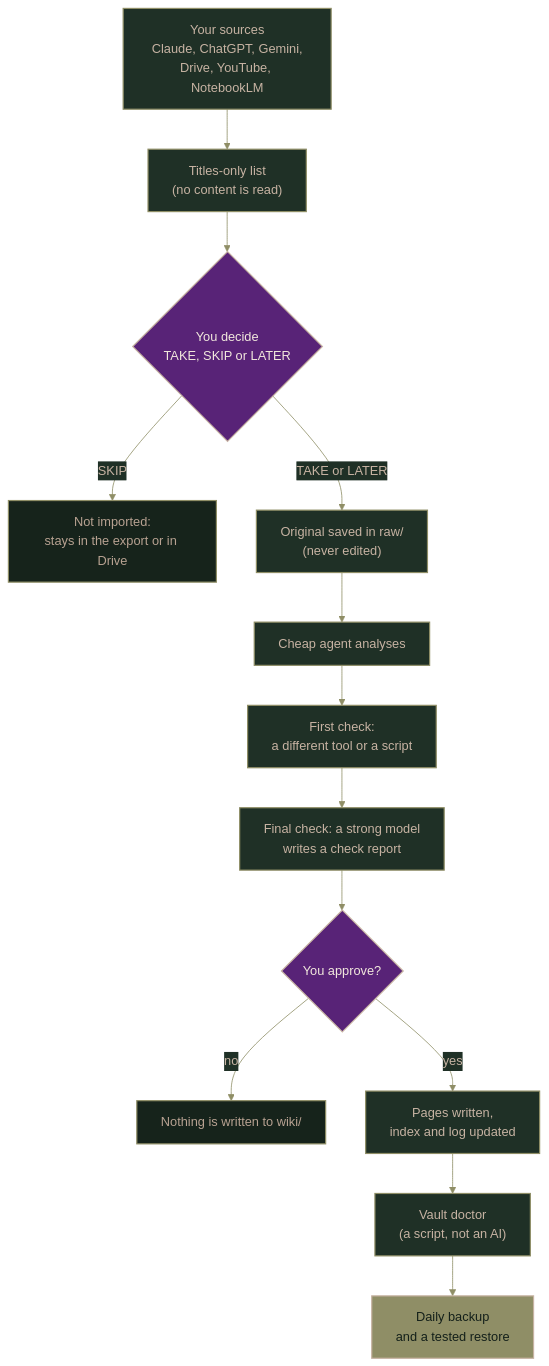
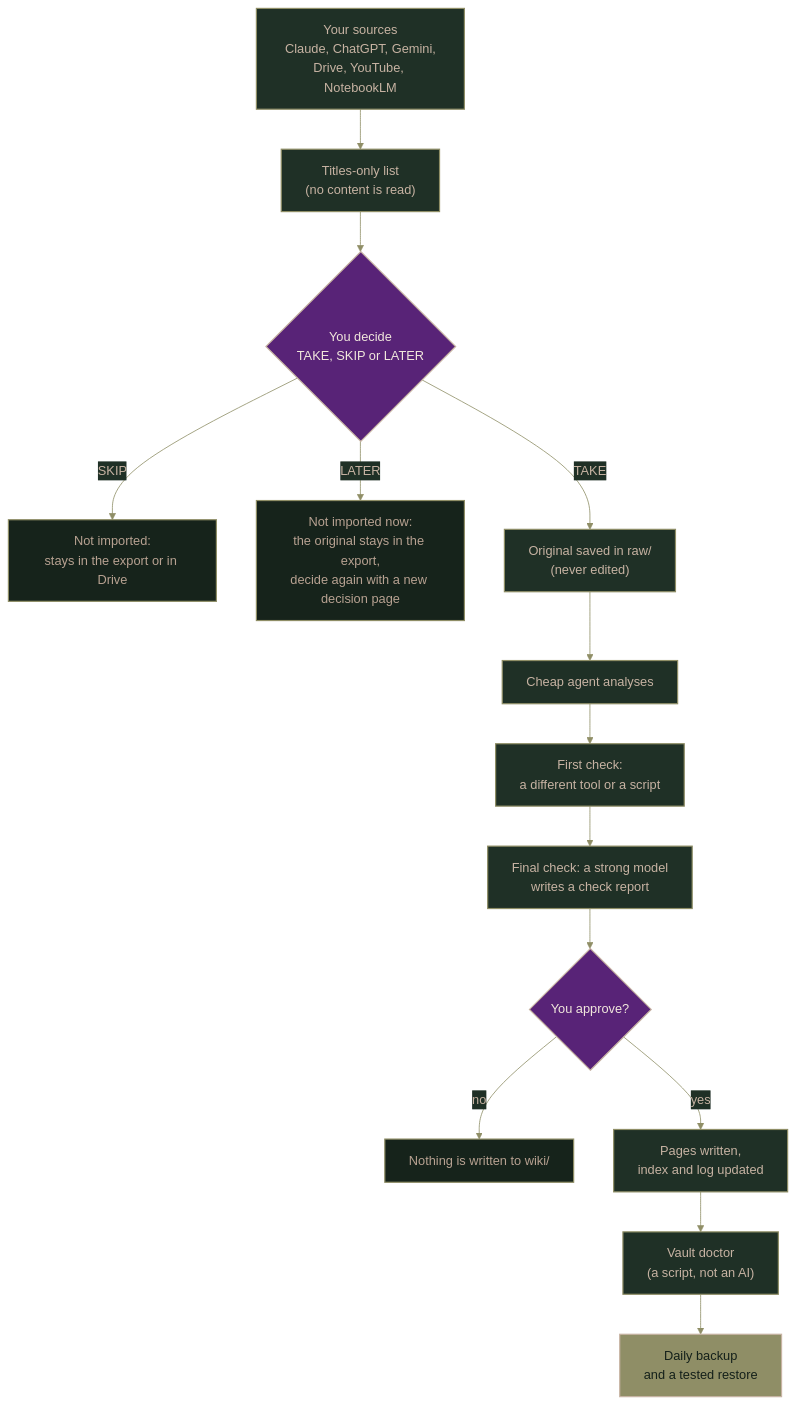
The diagram in README.md (jenny-gecglr/second-brain-from-scratch), drawn with Mermaid before and after one commit. The commit also changed other lines of this file and 9 other files, not shown here.

````diff
--- a/README.md
+++ b/README.md
@@ -42,24 +42,25 @@
 ```mermaid
 %%{init: {"theme":"base","themeVariables":{"fontFamily":"Georgia, serif","primaryColor":"#1F3026","primaryTextColor":"#C7B3A3","primaryBorderColor":"#8F8E66","lineColor":"#8F8E66","tertiaryTextColor":"#C7B3A3","edgeLabelBackground":"#1F3026"}}}%%
 flowchart TD
     A["Your sources<br/>Claude, ChatGPT, Gemini,<br/>Drive, YouTube, NotebookLM"] --> B["Titles-only list<br/>(no content is read)"]
     B --> C{"You decide<br/>TAKE, SKIP or LATER"}
     C -- SKIP --> S["Not imported:<br/>stays in the export or in Drive"]
-    C -- "TAKE or LATER" --> D["Original saved in raw/<br/>(never edited)"]
+    C -- LATER --> LT["Not imported now:<br/>the original stays in the export,<br/>decide again with a new decision page"]
+    C -- TAKE --> D["Original saved in raw/<br/>(never edited)"]
     D --> E["Cheap agent analyses"]
     E --> F["First check:<br/>a different tool or a script"]
     F --> G["Final check: a strong model<br/>writes a check report"]
     G --> H{"You approve?"}
     H -- no --> I["Nothing is written to wiki/"]
     H -- yes --> J["Pages written,<br/>index and log updated"]
     J --> K["Vault doctor<br/>(a script, not an AI)"]
     K --> L["Daily backup<br/>and a tested restore"]
     classDef cBase fill:#1F3026,stroke:#8F8E66,color:#C7B3A3,stroke-width:1.5px
     classDef cAsk fill:#582377,stroke:#C7B3A3,color:#F2E8DD,stroke-width:1.5px
     classDef cDone fill:#8F8E66,stroke:#C7B3A3,color:#14201A,stroke-width:1.5px
     classDef cStop fill:#16231B,stroke:#8F8E66,color:#B8A292,stroke-width:1.5px
     class A,B,D,E,F,G,J,K cBase
     class C,H cAsk
     class L cDone
-    class S,I cStop
+    class S,I,LT cStop
 ```
````
